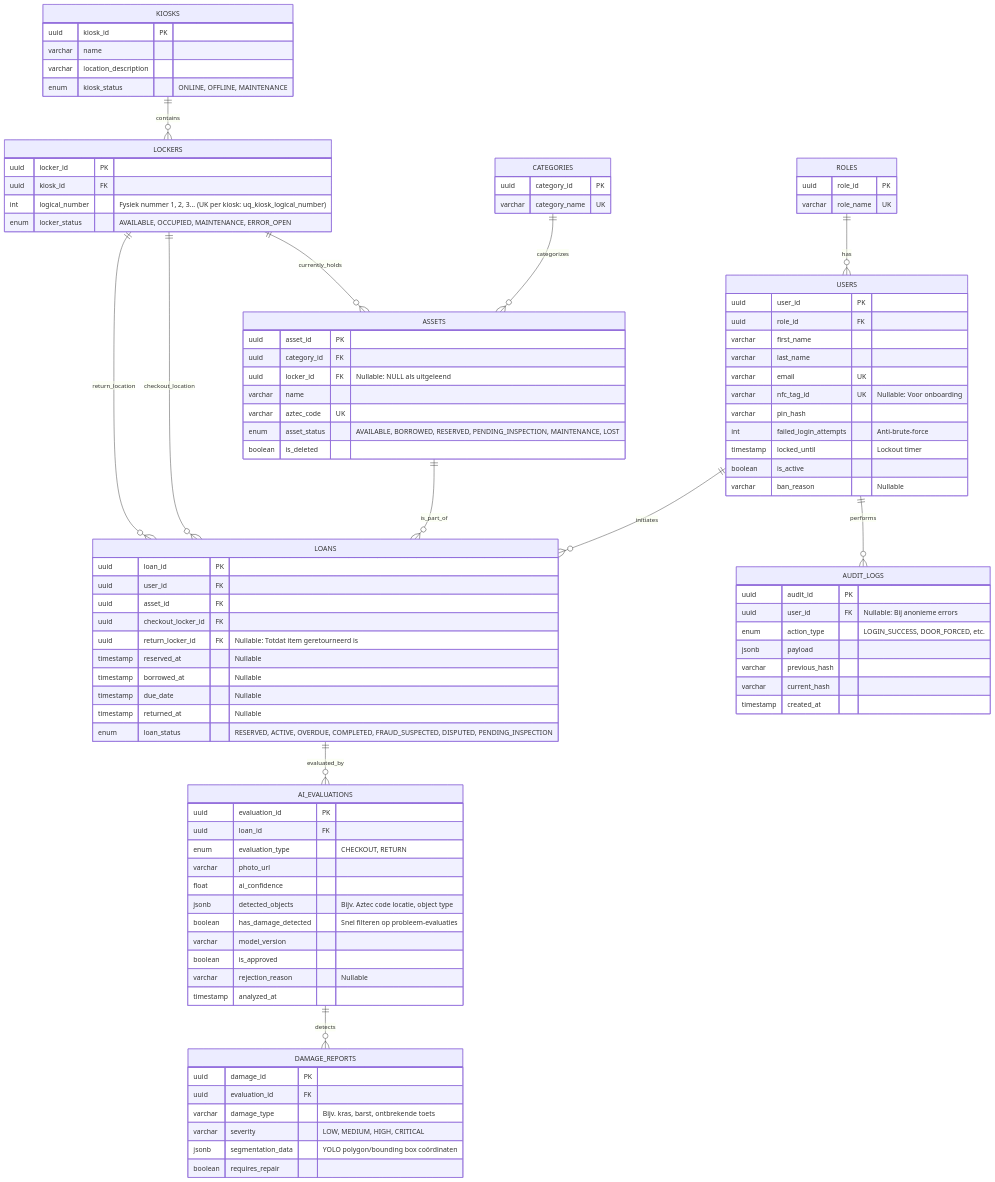
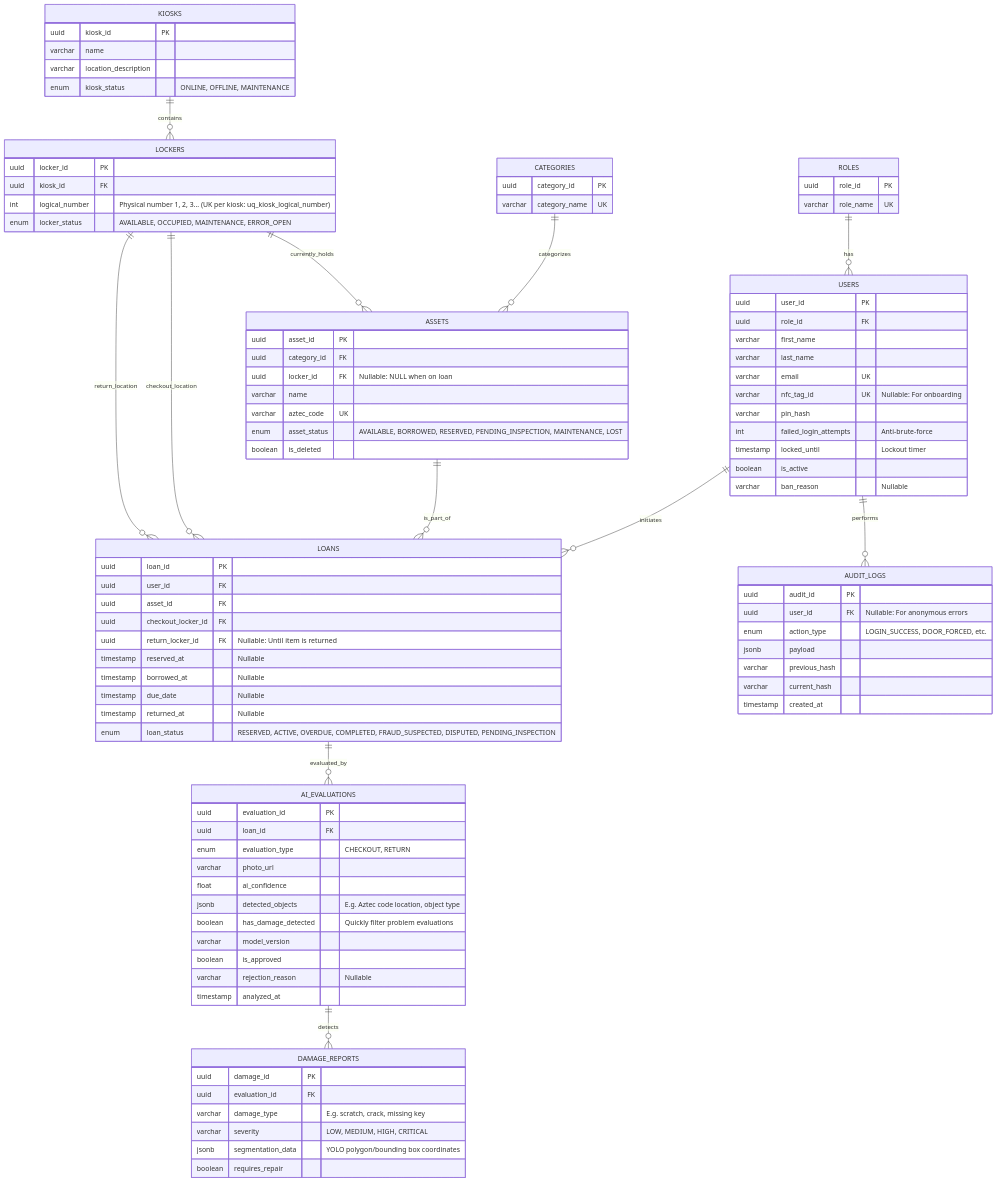
Before and after one commit to easylend-practice-enterprise/easylend: the diagram in docs/erd.mmd, drawn with Mermaid. The commit also changed 39 other files, not shown here.

```diff
--- a/docs/erd.mmd
+++ b/docs/erd.mmd
@@ -1,113 +1,113 @@
 erDiagram
-    %% Lookup Tabellen
+    %% Lookup Tables
     ROLES ||--o{ USERS : has
     CATEGORIES ||--o{ ASSETS : categorizes
     
-    %% Infrastructuur
+    %% Infrastructure
     KIOSKS ||--o{ LOCKERS : contains
     LOCKERS ||--o{ ASSETS : currently_holds
     
-    %% Transacties
+    %% Transactions
     USERS ||--o{ LOANS : initiates
     ASSETS ||--o{ LOANS : is_part_of
     LOCKERS ||--o{ LOANS : checkout_location
     LOCKERS ||--o{ LOANS : return_location
     
     %% Analyses, Security & AI
     LOANS ||--o{ AI_EVALUATIONS : evaluated_by
     AI_EVALUATIONS ||--o{ DAMAGE_REPORTS : detects
     USERS ||--o{ AUDIT_LOGS : performs
     
     ROLES {
         uuid role_id PK
         varchar role_name UK
     }
     
     CATEGORIES {
         uuid category_id PK
         varchar category_name UK
     }
     
     USERS {
         uuid user_id PK
         uuid role_id FK
         varchar first_name
         varchar last_name
         varchar email UK
-        varchar nfc_tag_id UK "Nullable: Voor onboarding"
+        varchar nfc_tag_id UK "Nullable: For onboarding"
         varchar pin_hash
         int failed_login_attempts "Anti-brute-force"
         timestamp locked_until "Lockout timer"
         boolean is_active
         varchar ban_reason "Nullable"
     }
     
     KIOSKS {
         uuid kiosk_id PK
         varchar name
         varchar location_description
         enum kiosk_status "ONLINE, OFFLINE, MAINTENANCE"
     }
 
     LOCKERS {
         uuid locker_id PK
         uuid kiosk_id FK
-        int logical_number "Fysiek nummer 1, 2, 3... (UK per kiosk: uq_kiosk_logical_number)"
+        int logical_number "Physical number 1, 2, 3... (UK per kiosk: uq_kiosk_logical_number)"
         enum locker_status "AVAILABLE, OCCUPIED, MAINTENANCE, ERROR_OPEN"
     }
     
     ASSETS {
         uuid asset_id PK
         uuid category_id FK
-        uuid locker_id FK "Nullable: NULL als uitgeleend"
+        uuid locker_id FK "Nullable: NULL when on loan"
         varchar name
         varchar aztec_code UK
         enum asset_status "AVAILABLE, BORROWED, RESERVED, PENDING_INSPECTION, MAINTENANCE, LOST"
         boolean is_deleted
     }
     
     LOANS {
         uuid loan_id PK
         uuid user_id FK
         uuid asset_id FK
         uuid checkout_locker_id FK
-        uuid return_locker_id FK "Nullable: Totdat item geretourneerd is"
+        uuid return_locker_id FK "Nullable: Until item is returned"
         timestamp reserved_at "Nullable"
         timestamp borrowed_at "Nullable"
         timestamp due_date "Nullable"
         timestamp returned_at "Nullable"
         enum loan_status "RESERVED, ACTIVE, OVERDUE, COMPLETED, FRAUD_SUSPECTED, DISPUTED, PENDING_INSPECTION"
     }
     
     AI_EVALUATIONS {
         uuid evaluation_id PK
         uuid loan_id FK
         enum evaluation_type "CHECKOUT, RETURN"
         varchar photo_url
         float ai_confidence
-        jsonb detected_objects "Bijv. Aztec code locatie, object type"
-        boolean has_damage_detected "Snel filteren op probleem-evaluaties"
+        jsonb detected_objects "E.g. Aztec code location, object type"
+        boolean has_damage_detected "Quickly filter problem evaluations"
         varchar model_version
         boolean is_approved
         varchar rejection_reason "Nullable"
         timestamp analyzed_at
     }
 
     DAMAGE_REPORTS {
         uuid damage_id PK
         uuid evaluation_id FK
-        varchar damage_type "Bijv. kras, barst, ontbrekende toets"
+        varchar damage_type "E.g. scratch, crack, missing key"
         varchar severity "LOW, MEDIUM, HIGH, CRITICAL"
-        jsonb segmentation_data "YOLO polygon/bounding box coördinaten"
+        jsonb segmentation_data "YOLO polygon/bounding box coordinates"
         boolean requires_repair
     }
     
     AUDIT_LOGS {
         uuid audit_id PK
-        uuid user_id FK "Nullable: Bij anonieme errors"
+        uuid user_id FK "Nullable: For anonymous errors"
         enum action_type "LOGIN_SUCCESS, DOOR_FORCED, etc."
         jsonb payload
         varchar previous_hash
         varchar current_hash
         timestamp created_at
     }
```
